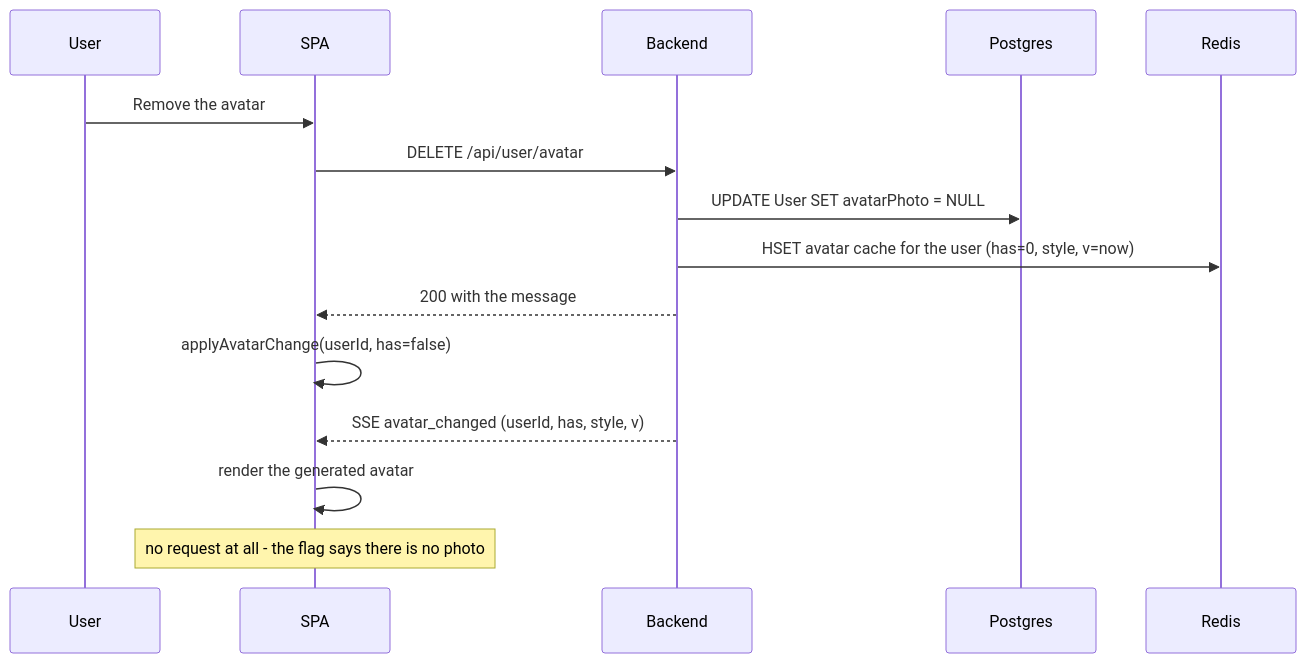
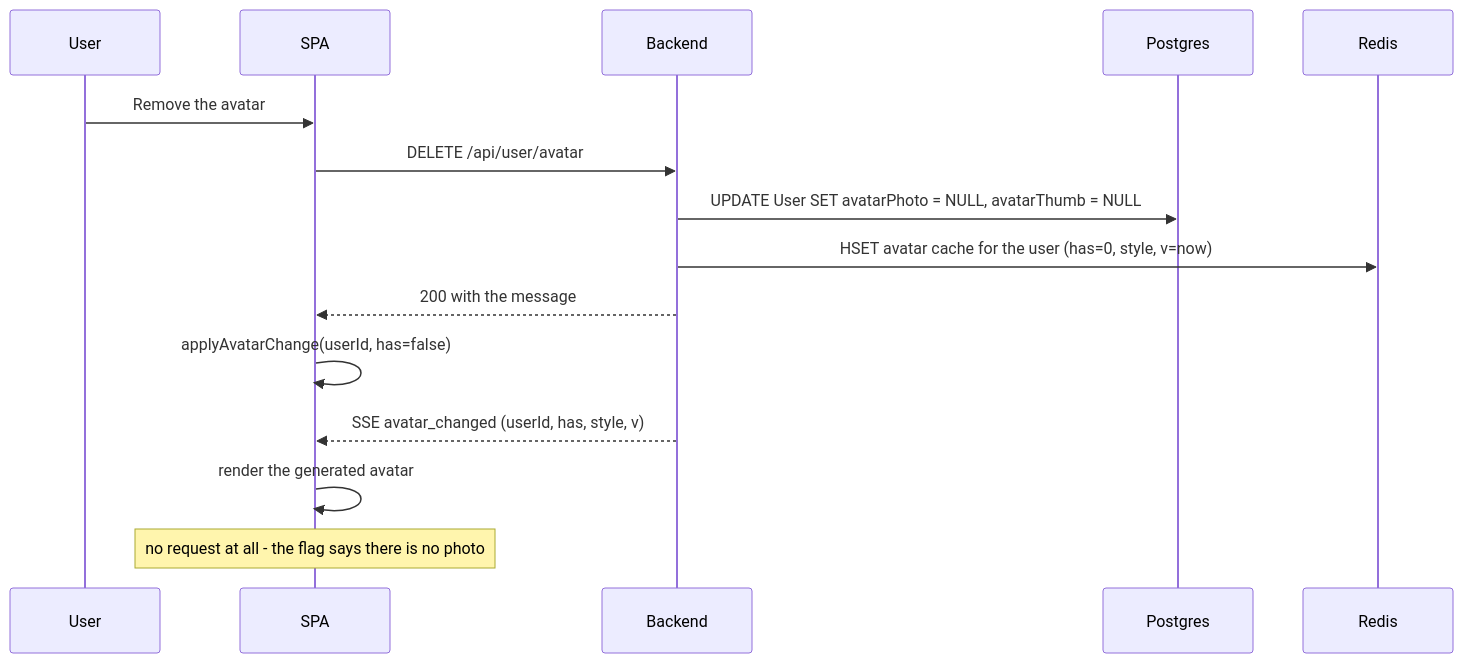
One commit to IrmaJoKerr/ft_transcendence-ludo changed the second of 5 diagrams in docs/avatar-system.md. Above: the diagram before and after it, drawn with Mermaid. The commit also changed other lines of this file and 42 other files, not shown here.

````diff
--- a/docs/avatar-system.md
+++ b/docs/avatar-system.md
@@ -189,18 +226,18 @@
 ```mermaid
 sequenceDiagram
     participant U as User
     participant SPA as SPA
     participant API as Backend
     participant DB as Postgres
     participant R as Redis
 
     U->>SPA: Remove the avatar
     SPA->>API: DELETE /api/user/avatar
-    API->>DB: UPDATE User SET avatarPhoto = NULL
+    API->>DB: UPDATE User SET avatarPhoto = NULL, avatarThumb = NULL
     API->>R: HSET avatar cache for the user (has=0, style, v=now)
     API-->>SPA: 200 with the message
     SPA->>SPA: applyAvatarChange(userId, has=false)
     API-->>SPA: SSE avatar_changed (userId, has, style, v)
     SPA->>SPA: render the generated avatar
     Note over SPA: no request at all - the flag says there is no photo
 ```
````
